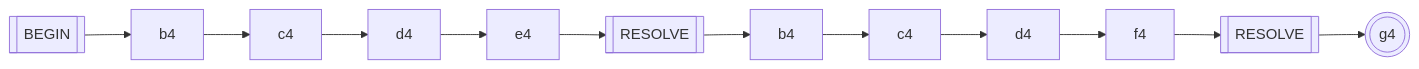
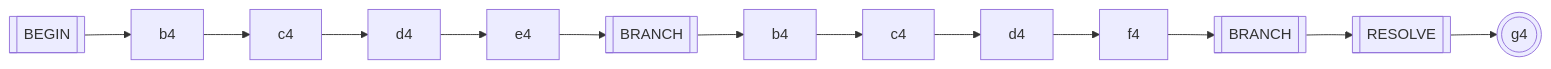
Before and after one commit to vczh-websites/vczh: diagram 24 of 27 in Blog/GLR-Refactoring/Mermaid.md, drawn with Mermaid. The commit also changed other lines of this file, not shown here.

````diff
--- a/Blog/GLR-Refactoring/Mermaid.md
+++ b/Blog/GLR-Refactoring/Mermaid.md
@@ -615,6 +615,6 @@
 ```mermaid
 graph LR
-  S[[BEGIN]]-->b4_1[b4]-->c4_1[c4]-->d4_1[d4]-->e4_1[e4]-->R_1[[RESOLVE]]
-  R_1-->b4_2[b4]-->c4_2[c4]-->d4_2[d4]-->f4_2[f4]-->R_2[[RESOLVE]]
-  R_2-->g4(((g4)))
+  S[[BEGIN]]-->b4_1[b4]-->c4_1[c4]-->d4_1[d4]-->e4_1[e4]-->R_1[[BRANCH]]
+  R_1-->b4_2[b4]-->c4_2[c4]-->d4_2[d4]-->f4_2[f4]-->R_2[[BRANCH]]
+  R_2-->R[[RESOLVE]]-->g4(((g4)))
 ```
````
